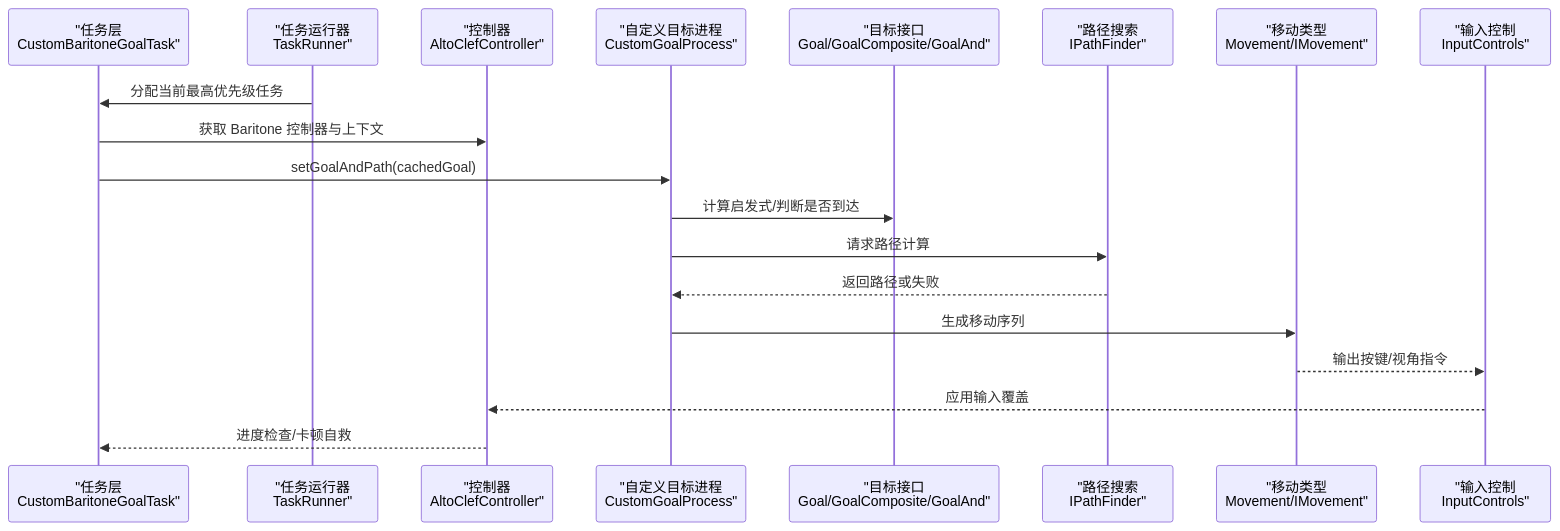
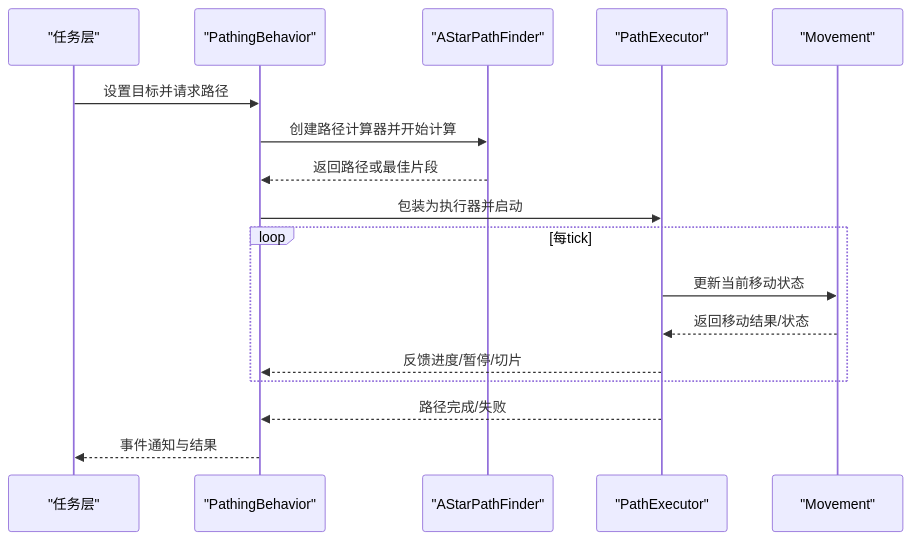
Before and after one commit to wjartpix/minecraft_ai_play2npc: the second of 8 diagrams in .qoder/repowiki/zh/content/路径规划系统/路径规划系统.md, drawn with Mermaid. The commit also changed other lines of this file and 188 other files, not shown here.

````diff
--- a/.qoder/repowiki/zh/content/路径规划系统/路径规划系统.md
+++ b/.qoder/repowiki/zh/content/路径规划系统/路径规划系统.md
@@ -101,21 +140,19 @@
 ```mermaid
 sequenceDiagram
-participant Task as "任务层<br/>CustomBaritoneGoalTask"
-participant Runner as "任务运行器<br/>TaskRunner"
-participant Ctrl as "控制器<br/>AltoClefController"
-participant Proc as "自定义目标进程<br/>CustomGoalProcess"
-participant Goal as "目标接口<br/>Goal/GoalComposite/GoalAnd"
-participant PF as "路径搜索<br/>IPathFinder"
-participant Mov as "移动类型<br/>Movement/IMovement"
-participant IC as "输入控制<br/>InputControls"
-Runner->>Task : 分配当前最高优先级任务
-Task->>Ctrl : 获取 Baritone 控制器与上下文
-Task->>Proc : setGoalAndPath(cachedGoal)
-Proc->>Goal : 计算启发式/判断是否到达
-Proc->>PF : 请求路径计算
-PF-->>Proc : 返回路径或失败
-Proc->>Mov : 生成移动序列
-Mov-->>IC : 输出按键/视角指令
-IC-->>Ctrl : 应用输入覆盖
-Ctrl-->>Task : 进度检查/卡顿自救
+participant Task as "任务层"
+participant PB as "PathingBehavior"
+participant PF as "AStarPathFinder"
+participant PE as "PathExecutor"
+participant MV as "Movement"
+Task->>PB : 设置目标并请求路径
+PB->>PF : 创建路径计算器并开始计算
+PF-->>PB : 返回路径或最佳片段
+PB->>PE : 包装为执行器并启动
+loop 每tick
+PE->>MV : 更新当前移动状态
+MV-->>PE : 返回移动结果/状态
+PE-->>PB : 反馈进度/暂停/切片
+end
+PE-->>PB : 路径完成/失败
+PB-->>Task : 事件通知与结果
 ```
````
